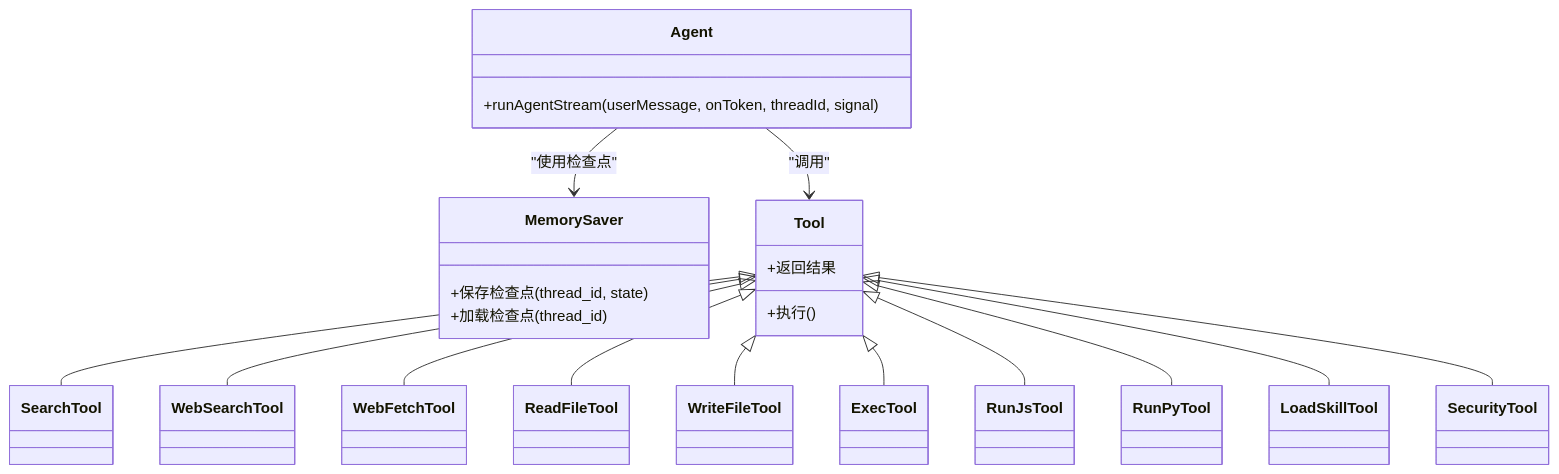
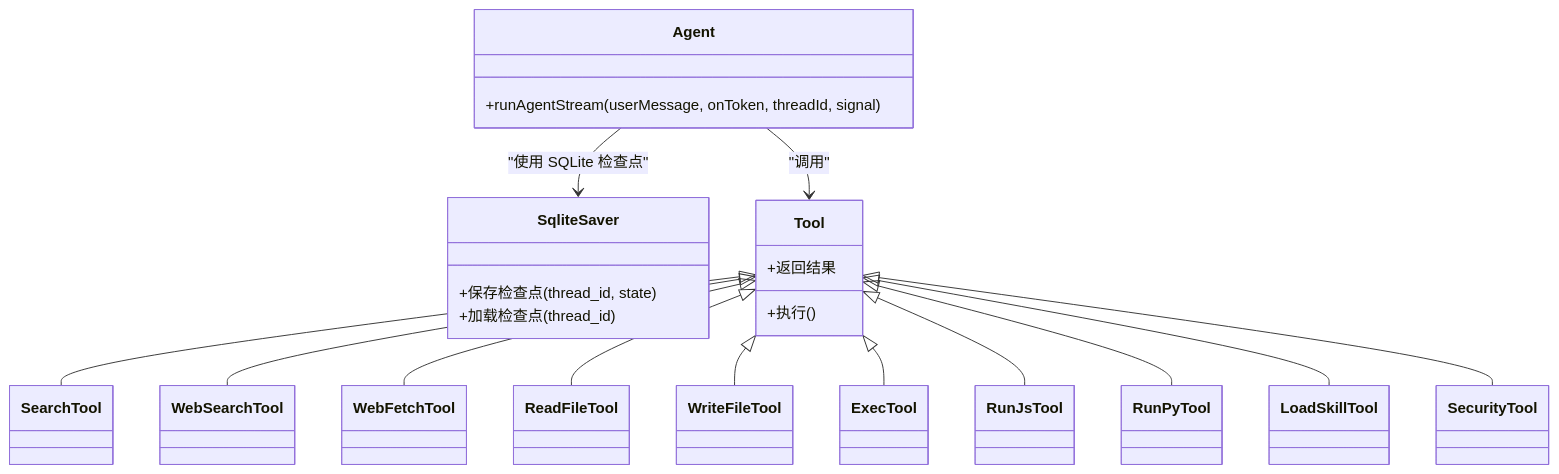
One commit to HAOFUYANG/onion-code changed the fifth of 6 diagrams in .qoder/repowiki/zh/content/核心代理系统/会话管理机制.md. Above: the diagram before and after it, drawn with Mermaid. The commit also changed other lines of this file and 3 other files, not shown here.

````diff
--- a/.qoder/repowiki/zh/content/核心代理系统/会话管理机制.md
+++ b/.qoder/repowiki/zh/content/核心代理系统/会话管理机制.md
@@ -213,36 +219,36 @@
 ```mermaid
 classDiagram
 class Agent {
 +runAgentStream(userMessage, onToken, threadId, signal)
 }
-class MemorySaver {
+class SqliteSaver {
 +保存检查点(thread_id, state)
 +加载检查点(thread_id)
 }
 class Tool {
 +执行()
 +返回结果
 }
 class SearchTool
 class WebSearchTool
 class WebFetchTool
 class ReadFileTool
 class WriteFileTool
 class ExecTool
 class RunJsTool
 class RunPyTool
 class LoadSkillTool
 class SecurityTool
-Agent --> MemorySaver : "使用检查点"
+Agent --> SqliteSaver : "使用 SQLite 检查点"
 Agent --> Tool : "调用"
 Tool <|-- SearchTool
 Tool <|-- WebSearchTool
 Tool <|-- WebFetchTool
 Tool <|-- ReadFileTool
 Tool <|-- WriteFileTool
 Tool <|-- ExecTool
 Tool <|-- RunJsTool
 Tool <|-- RunPyTool
 Tool <|-- LoadSkillTool
 Tool <|-- SecurityTool
 ```
````
